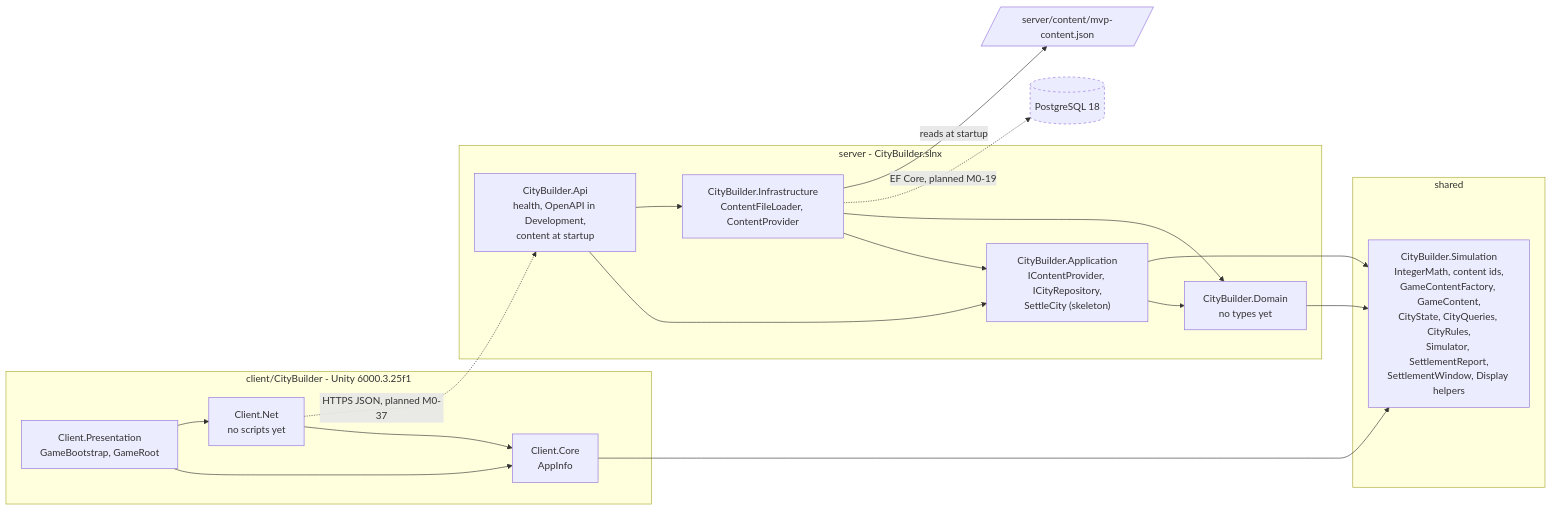
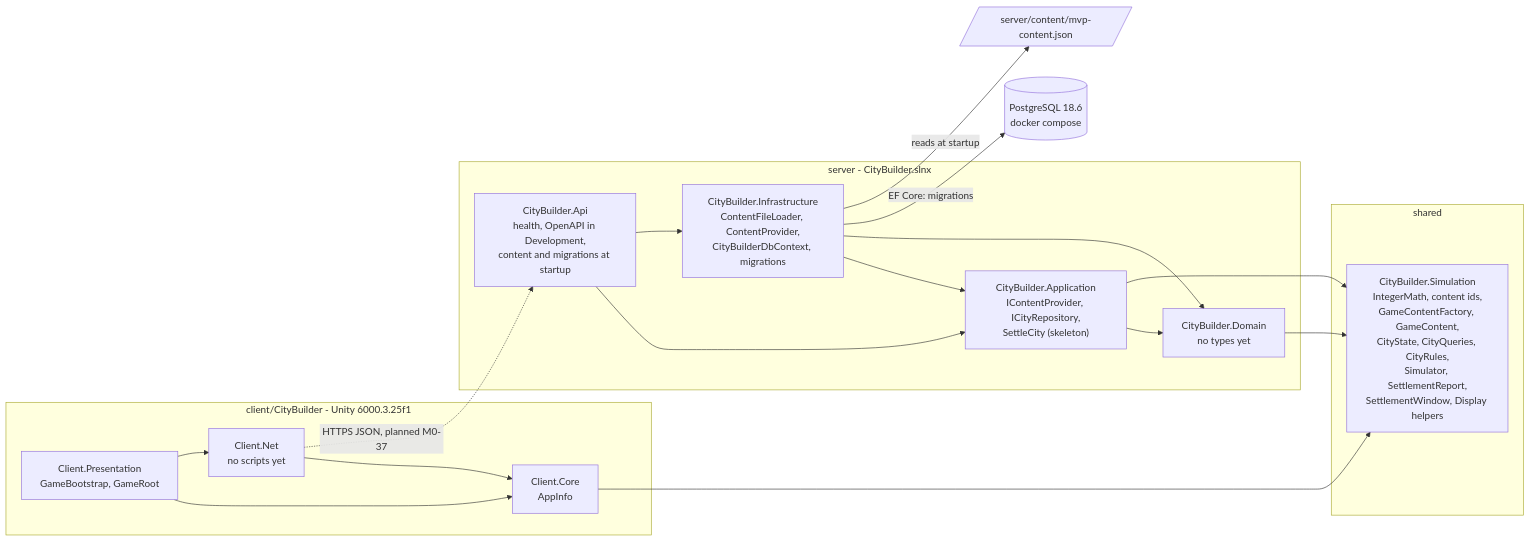
The diagram in docs/architecture/overview.md (Samurai-netizen/citybuild), drawn with Mermaid before and after one commit. The commit also changed other lines of this file and 67 other files, not shown here.

First line of the commit message:
feat(M0-19): EF Core model, migrations, Docker (#31)

````diff
--- a/docs/architecture/overview.md
+++ b/docs/architecture/overview.md
@@ -16,35 +18,34 @@
 ```mermaid
 flowchart LR
   subgraph clientside["client/CityBuilder - Unity 6000.3.25f1"]
     PRES["Client.Presentation<br/>GameBootstrap, GameRoot"]
     NET["Client.Net<br/>no scripts yet"]
     CORE["Client.Core<br/>AppInfo"]
   end
   subgraph sharedside["shared"]
     SIM["CityBuilder.Simulation<br/>IntegerMath, content ids,<br/>GameContentFactory, GameContent,<br/>CityState, CityQueries, CityRules,<br/>Simulator, SettlementReport,<br/>SettlementWindow, Display helpers"]
   end
   subgraph serverside["server - CityBuilder.slnx"]
-    API["CityBuilder.Api<br/>health, OpenAPI in Development,<br/>content at startup"]
-    INF["CityBuilder.Infrastructure<br/>ContentFileLoader, ContentProvider"]
+    API["CityBuilder.Api<br/>health, OpenAPI in Development,<br/>content and migrations at startup"]
+    INF["CityBuilder.Infrastructure<br/>ContentFileLoader, ContentProvider,<br/>CityBuilderDbContext, migrations"]
     APP["CityBuilder.Application<br/>IContentProvider, ICityRepository,<br/>SettleCity (skeleton)"]
     DOM["CityBuilder.Domain<br/>no types yet"]
   end
-  DB[("PostgreSQL 18")]
+  DB[("PostgreSQL 18.6<br/>docker compose")]
   FILE[/"server/content/mvp-content.json"/]
   PRES --> CORE
   PRES --> NET
   NET --> CORE
   CORE --> SIM
   API --> APP
   API --> INF
   INF --> APP
   INF --> DOM
   APP --> DOM
   APP --> SIM
   DOM --> SIM
   NET -.->|"HTTPS JSON, planned M0-37"| API
-  INF -.->|"EF Core, planned M0-19"| DB
+  INF -->|"EF Core: migrations"| DB
   INF -->|"reads at startup"| FILE
   classDef planned stroke-dasharray: 4 4
-  class DB planned
 ```
````
